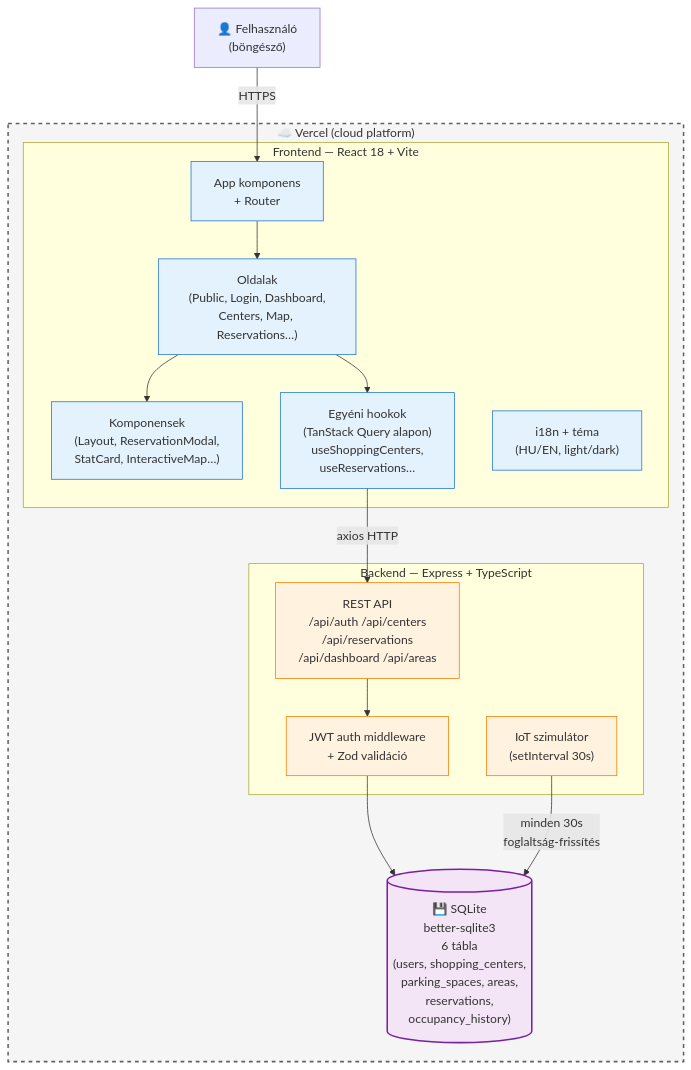
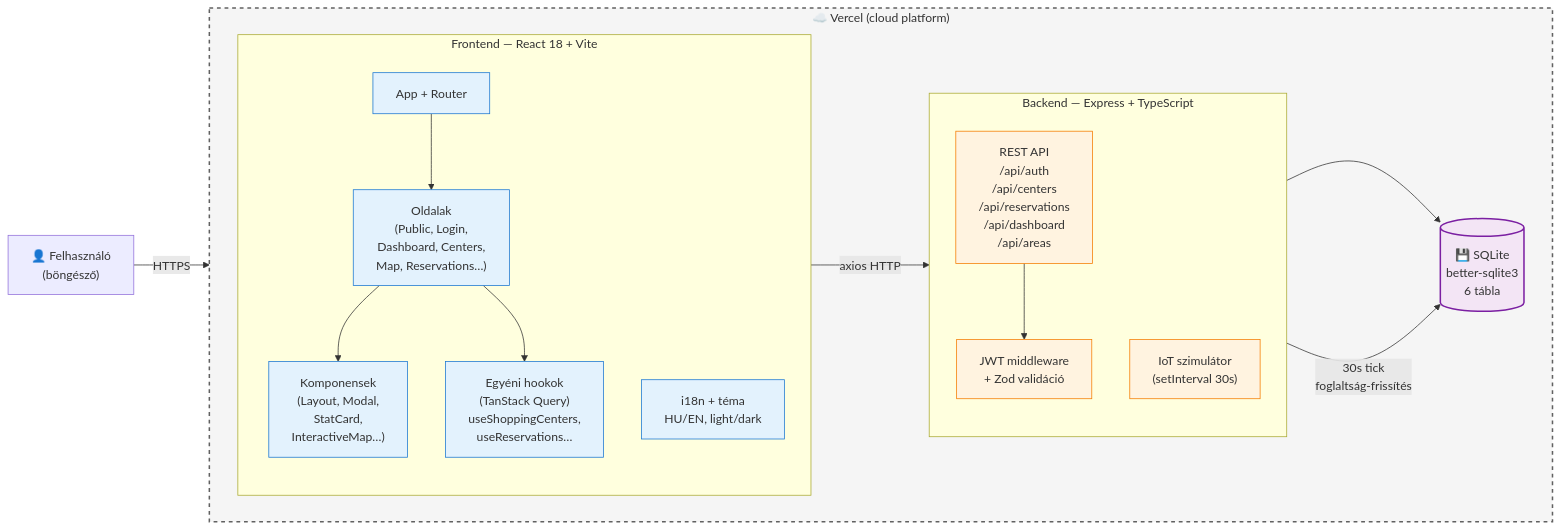
The diagram in docs/thesis/diagrams/architecture.mmd (peszabolcs/szakdolgozat), drawn with Mermaid before and after one commit. The commit also changed 8 other files, not shown here.

First line of the commit message:
Update diagrams and author name

```diff
--- a/docs/thesis/diagrams/architecture.mmd
+++ b/docs/thesis/diagrams/architecture.mmd
@@ -1,38 +1,42 @@
-flowchart TB
+flowchart LR
     User["👤 Felhasználó<br/>(böngésző)"]
 
     subgraph Vercel ["☁️ Vercel (cloud platform)"]
+        direction LR
+
         subgraph Frontend ["Frontend — React 18 + Vite"]
-            App["App komponens<br/>+ Router"]
-            Pages["Oldalak<br/>(Public, Login, Dashboard,<br/>Centers, Map, Reservations…)"]
-            Components["Komponensek<br/>(Layout, ReservationModal,<br/>StatCard, InteractiveMap…)"]
-            Hooks["Egyéni hookok<br/>(TanStack Query alapon)<br/>useShoppingCenters,<br/>useReservations…"]
-            i18n["i18n + téma<br/>(HU/EN, light/dark)"]
+            direction TB
+            App["App + Router"]
+            Pages["Oldalak<br/>(Public, Login,<br/>Dashboard, Centers,<br/>Map, Reservations…)"]
+            Components["Komponensek<br/>(Layout, Modal,<br/>StatCard,<br/>InteractiveMap…)"]
+            Hooks["Egyéni hookok<br/>(TanStack Query)<br/>useShoppingCenters,<br/>useReservations…"]
+            i18n["i18n + téma<br/>HU/EN, light/dark"]
+            App --> Pages
+            Pages --> Components
+            Pages --> Hooks
         end
 
         subgraph Backend ["Backend — Express + TypeScript"]
-            API["REST API<br/>/api/auth /api/centers<br/>/api/reservations<br/>/api/dashboard /api/areas"]
-            AuthMW["JWT auth middleware<br/>+ Zod validáció"]
+            direction TB
+            API["REST API<br/>/api/auth<br/>/api/centers<br/>/api/reservations<br/>/api/dashboard<br/>/api/areas"]
+            AuthMW["JWT middleware<br/>+ Zod validáció"]
             Sim["IoT szimulátor<br/>(setInterval 30s)"]
+            API --> AuthMW
         end
 
-        DB[("💾 SQLite<br/>better-sqlite3<br/>6 tábla<br/>(users, shopping_centers,<br/>parking_spaces, areas,<br/>reservations,<br/>occupancy_history)")]
+        DB[("💾 SQLite<br/>better-sqlite3<br/>6 tábla")]
     end
 
     User -- "HTTPS" --> App
-    App --> Pages
-    Pages --> Components
-    Pages --> Hooks
     Hooks -- "axios HTTP" --> API
-    API --> AuthMW
     AuthMW --> DB
-    Sim -- "minden 30s<br/>foglaltság-frissítés" --> DB
+    Sim -- "30s tick<br/>foglaltság-frissítés" --> DB
 
     classDef frontendClass fill:#e3f2fd,stroke:#1976d2,stroke-width:1px
     classDef backendClass fill:#fff3e0,stroke:#f57c00,stroke-width:1px
     classDef dbClass fill:#f3e5f5,stroke:#7b1fa2,stroke-width:2px
     classDef cloudClass fill:#f5f5f5,stroke:#616161,stroke-width:2px,stroke-dasharray: 5 5
     class App,Pages,Components,Hooks,i18n frontendClass
     class API,AuthMW,Sim backendClass
     class DB dbClass
     class Vercel cloudClass
```
